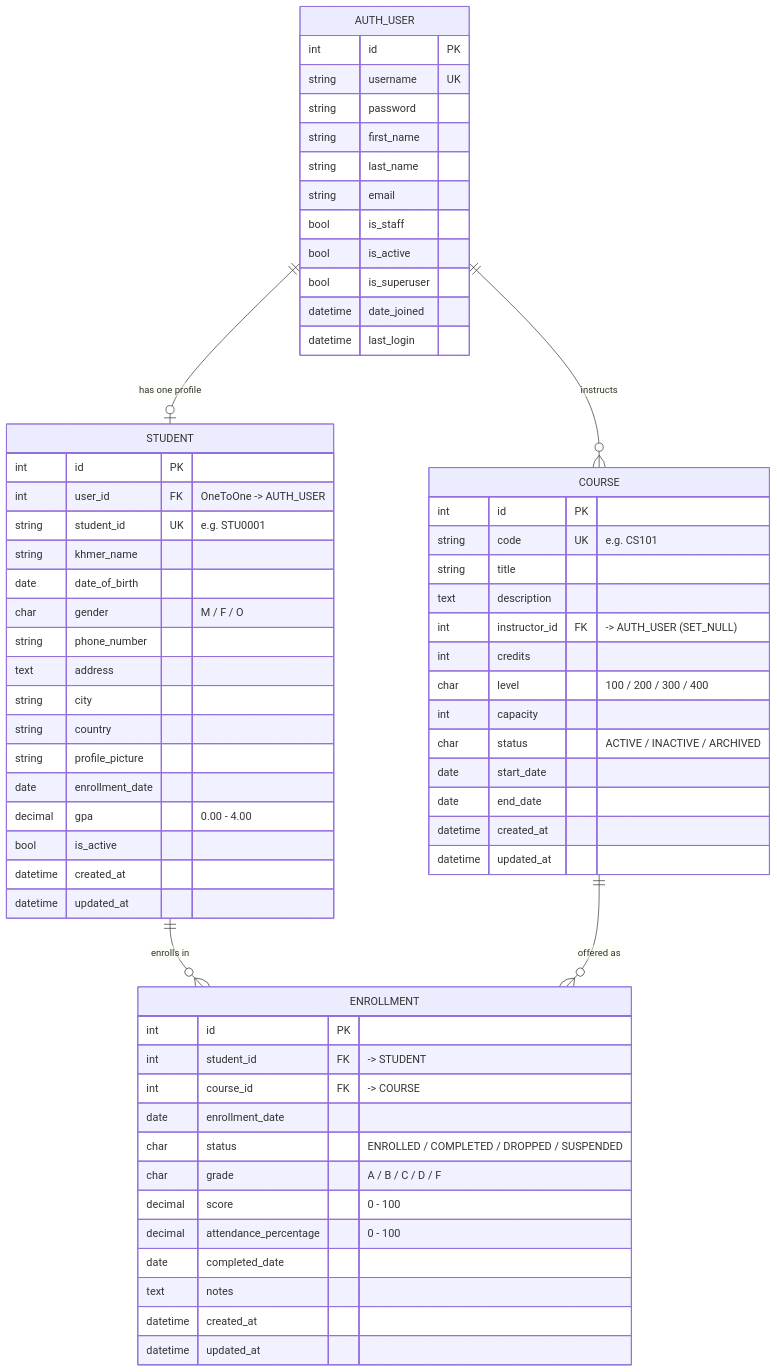
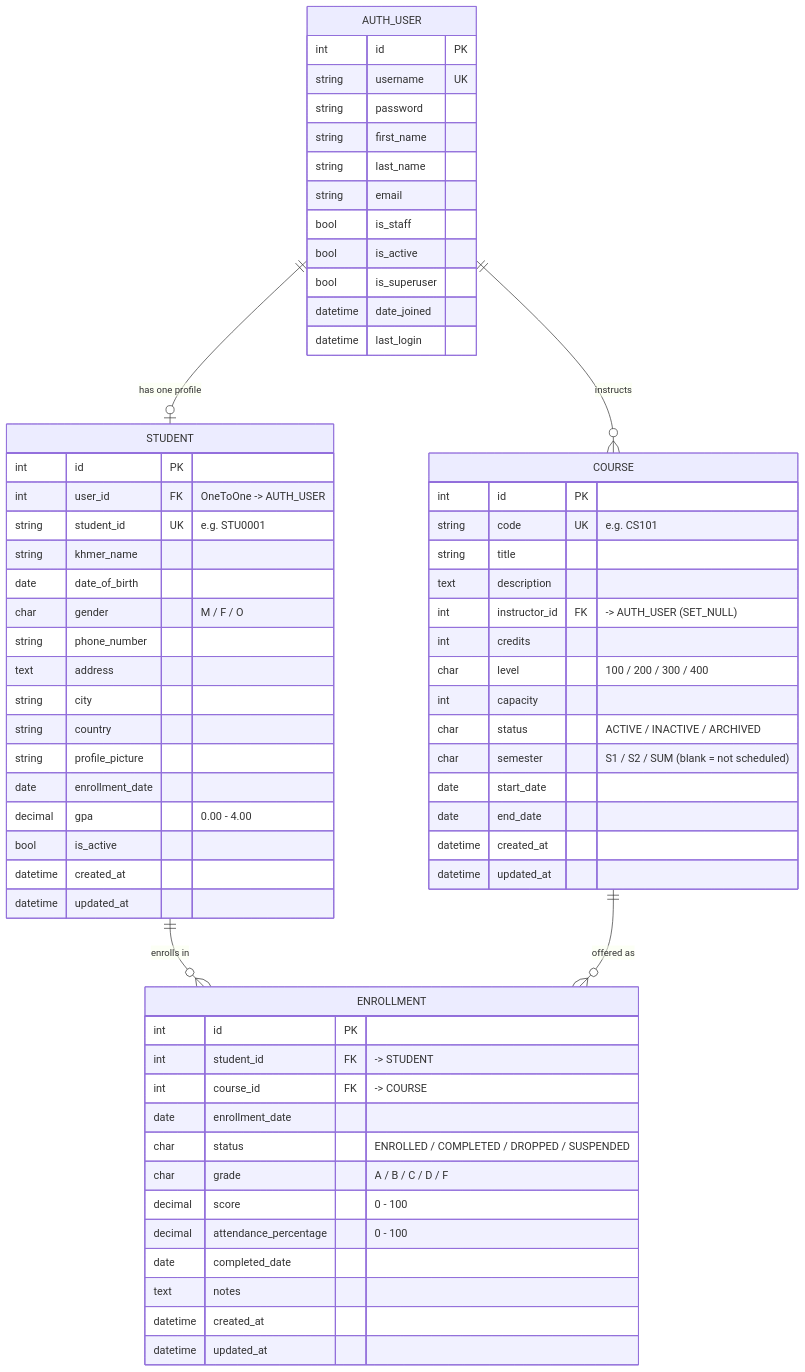
Before and after one commit to sheang035-hue/django-student-system: the diagram in docs/ERD.md, drawn with Mermaid. The commit also changed 39 other files, not shown here.

````diff
--- a/docs/ERD.md
+++ b/docs/ERD.md
@@ -6,71 +6,72 @@
 ```mermaid
 erDiagram
     AUTH_USER ||--o| STUDENT : "has one profile"
     AUTH_USER ||--o{ COURSE : "instructs"
     STUDENT ||--o{ ENROLLMENT : "enrolls in"
     COURSE ||--o{ ENROLLMENT : "offered as"
 
     AUTH_USER {
         int id PK
         string username UK
         string password
         string first_name
         string last_name
         string email
         bool is_staff
         bool is_active
         bool is_superuser
         datetime date_joined
         datetime last_login
     }
 
     STUDENT {
         int id PK
         int user_id FK "OneToOne -> AUTH_USER"
         string student_id UK "e.g. STU0001"
         string khmer_name
         date date_of_birth
         char gender "M / F / O"
         string phone_number
         text address
         string city
         string country
         string profile_picture
         date enrollment_date
         decimal gpa "0.00 - 4.00"
         bool is_active
         datetime created_at
         datetime updated_at
     }
 
     COURSE {
         int id PK
         string code UK "e.g. CS101"
         string title
         text description
         int instructor_id FK "-> AUTH_USER (SET_NULL)"
         int credits
         char level "100 / 200 / 300 / 400"
         int capacity
         char status "ACTIVE / INACTIVE / ARCHIVED"
+        char semester "S1 / S2 / SUM (blank = not scheduled)"
         date start_date
         date end_date
         datetime created_at
         datetime updated_at
     }
 
     ENROLLMENT {
         int id PK
         int student_id FK "-> STUDENT"
         int course_id FK "-> COURSE"
         date enrollment_date
         char status "ENROLLED / COMPLETED / DROPPED / SUSPENDED"
         char grade "A / B / C / D / F"
         decimal score "0 - 100"
         decimal attendance_percentage "0 - 100"
         date completed_date
         text notes
         datetime created_at
         datetime updated_at
     }
 ```
````
